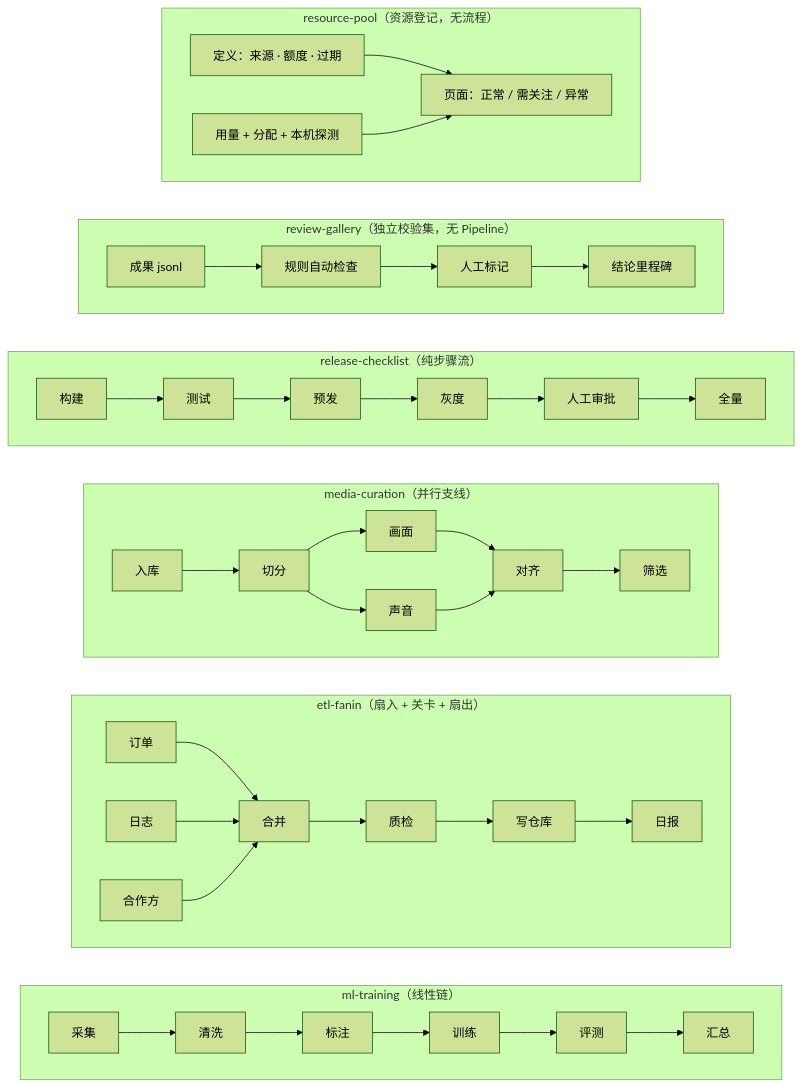
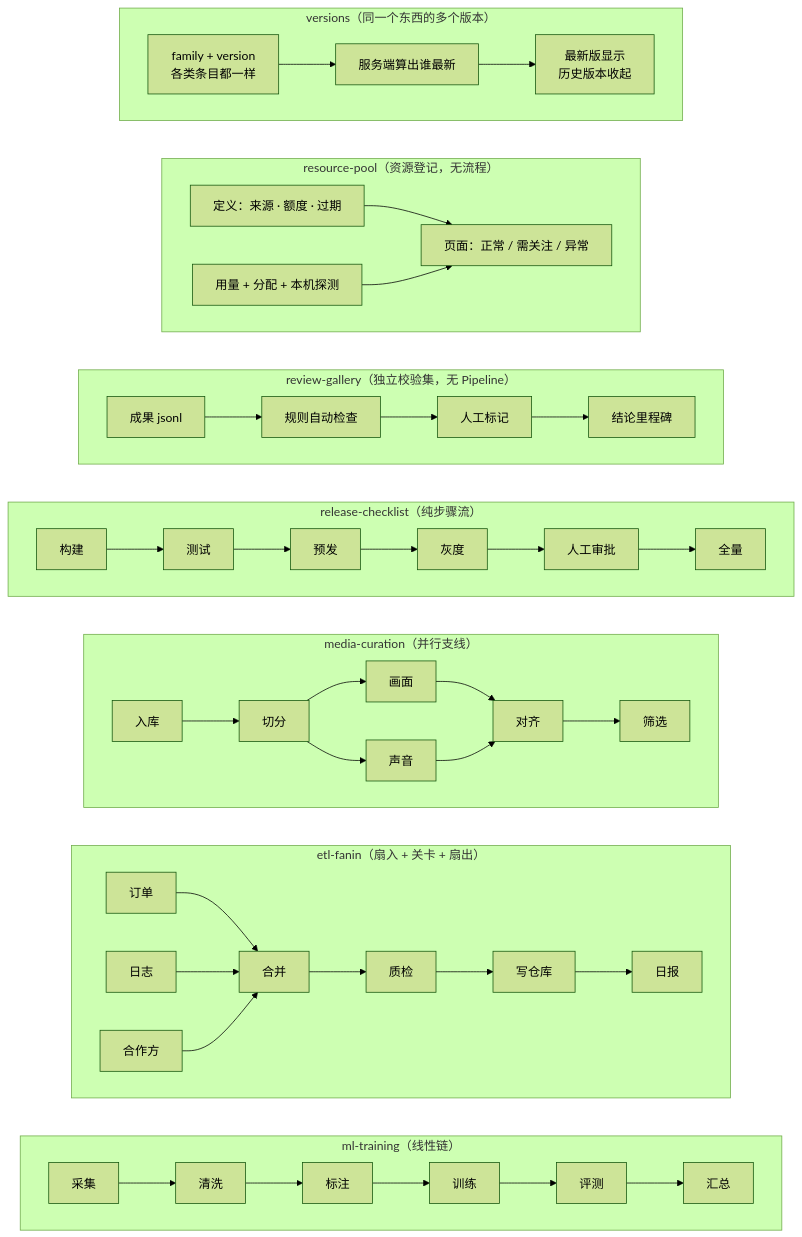
The second of 2 diagrams in examples/README.md (StevenHuang233/AI-record), drawn with Mermaid (forest theme) before and after one commit. The commit also changed other lines of this file and 30 other files, not shown here.

First line of the commit message:
feat: 版本收纳推广到全站——数据 / Pipeline / 展示模块 / 校验集 / 任务 / 资源 / 视频图库侧栏 (v1.0.3)

````diff
--- a/examples/README.md
+++ b/examples/README.md
@@ -30,34 +31,38 @@
 ```mermaid
 flowchart LR
     subgraph ML["ml-training（线性链）"]
         direction LR
         m1["采集"] --> m2["清洗"] --> m3["标注"] --> m4["训练"] --> m5["评测"] --> m6["汇总"]
     end
     subgraph ETL["etl-fanin（扇入 + 关卡 + 扇出）"]
         direction LR
         e1["订单"] --> em["合并"]
         e2["日志"] --> em
         e3["合作方"] --> em
         em --> eg["质检"] --> ew["写仓库"] --> er["日报"]
     end
     subgraph MED["media-curation（并行支线）"]
         direction LR
         d1["入库"] --> d2["切分"]
         d2 --> d3["画面"] --> d5["对齐"]
         d2 --> d4["声音"] --> d5
         d5 --> d6["筛选"]
     end
     subgraph REL["release-checklist（纯步骤流）"]
         direction LR
         r1["构建"] --> r2["测试"] --> r3["预发"] --> r4["灰度"] --> r5["人工审批"] --> r6["全量"]
     end
     subgraph GAL["review-gallery（独立校验集，无 Pipeline）"]
         direction LR
         g1["成果 jsonl"] --> g2["规则自动检查"] --> g3["人工标记"] --> g4["结论里程碑"]
     end
     subgraph RES["resource-pool（资源登记，无流程）"]
         direction LR
         p1["定义：来源 · 额度 · 过期"] --> p3["页面：正常 / 需关注 / 异常"]
         p2["用量 + 分配 + 本机探测"] --> p3
     end
+    subgraph VER["versions（同一个东西的多个版本）"]
+        direction LR
+        v1["family + version<br/>各类条目都一样"] --> v2["服务端算出谁最新"] --> v3["最新版显示<br/>历史版本收起"]
+    end
 ```
````
